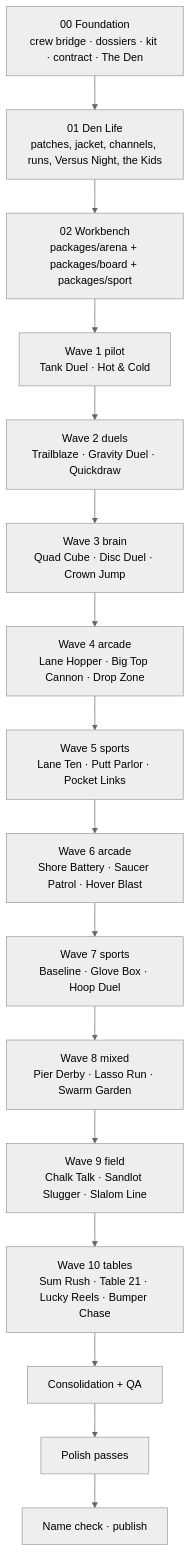
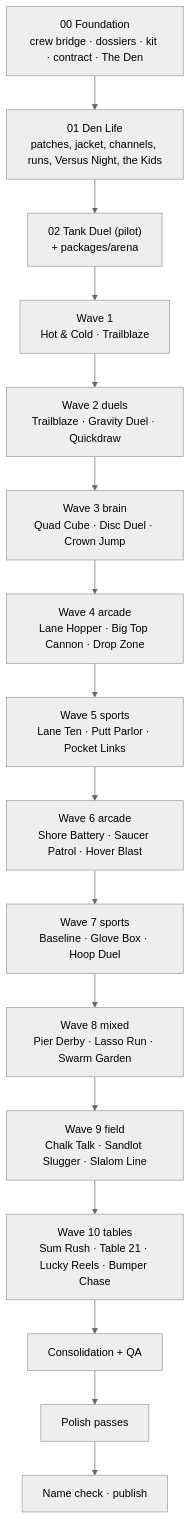
One commit to agunawijaya/woodgrain-88 changed the third of 3 diagrams in docs/PLAN.md. Above: the diagram before and after it, drawn with Mermaid (neutral theme). The commit also changed other lines of this file and 186 other files, not shown here.

````diff
--- a/docs/PLAN.md
+++ b/docs/PLAN.md
@@ -176,16 +176,16 @@
 ```mermaid
 flowchart TD
     P00["00 Foundation<br/>crew bridge · dossiers · kit · contract · The Den"] --> P01["01 Den Life<br/>patches, jacket, channels, runs, Versus Night, the Kids"]
-    P01 --> P02["02 Workbench<br/>packages/arena + packages/board + packages/sport"]
-    P02 --> W1["Wave 1 pilot<br/>Tank Duel · Hot & Cold"]
+    P01 --> P02["02 Tank Duel (pilot)<br/>+ packages/arena"]
+    P02 --> W1["Wave 1<br/>Hot & Cold · Trailblaze"]
     W1 --> W2["Wave 2 duels<br/>Trailblaze · Gravity Duel · Quickdraw"]
     W2 --> W3["Wave 3 brain<br/>Quad Cube · Disc Duel · Crown Jump"]
     W3 --> W4["Wave 4 arcade<br/>Lane Hopper · Big Top Cannon · Drop Zone"]
     W4 --> W5["Wave 5 sports<br/>Lane Ten · Putt Parlor · Pocket Links"]
     W5 --> W6["Wave 6 arcade<br/>Shore Battery · Saucer Patrol · Hover Blast"]
     W6 --> W7["Wave 7 sports<br/>Baseline · Glove Box · Hoop Duel"]
     W7 --> W8["Wave 8 mixed<br/>Pier Derby · Lasso Run · Swarm Garden"]
     W8 --> W9["Wave 9 field<br/>Chalk Talk · Sandlot Slugger · Slalom Line"]
     W9 --> W10["Wave 10 tables<br/>Sum Rush · Table 21 · Lucky Reels · Bumper Chase"]
     W10 --> QA["Consolidation + QA"] --> POL["Polish passes"] --> PUB["Name check · publish"]
 ```
````
